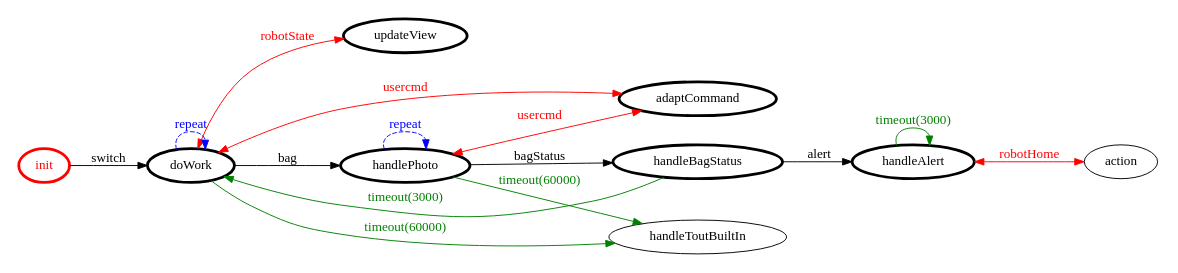
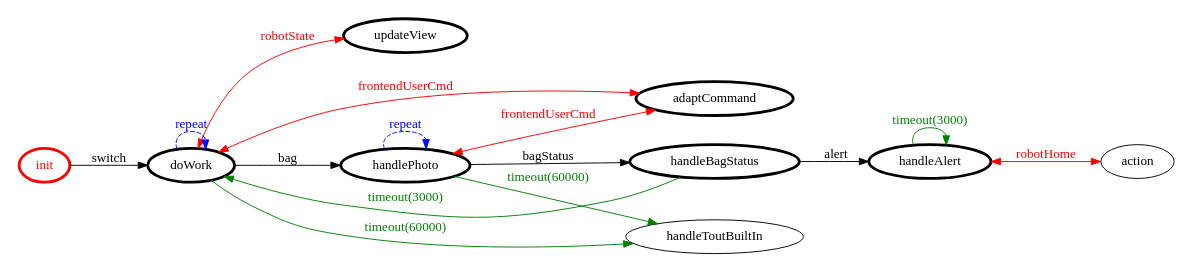
The diagram in project/srcMore/it/unibo/console/console.gv (NiccoMlt/ISS-2018-Final-Task), drawn with Graphviz before and after one commit. The commit also changed 19 other files, not shown here.

```diff
--- a/project/srcMore/it/unibo/console/console.gv
+++ b/project/srcMore/it/unibo/console/console.gv
@@ -1,34 +1,34 @@
 /*
 *
 * A GraphViz DOT FSM description 
 * Please use a GraphViz visualizer (like http://www.webgraphviz.com)
 *  
 */
 
 digraph finite_state_machine {
 	rankdir=LR
 	size="8,5"
 	
 	init [ color = red ][ fontcolor = red ][ penwidth = 3 ]
 	updateView [ color = black ][ fontcolor = black ][ penwidth = 3 ]
 	doWork [ color = black ][ fontcolor = black ][ penwidth = 3 ]
 	handlePhoto [ color = black ][ fontcolor = black ][ penwidth = 3 ]
 	adaptCommand [ color = black ][ fontcolor = black ][ penwidth = 3 ]
 	handleBagStatus [ color = black ][ fontcolor = black ][ penwidth = 3 ]
 	handleAlert [ color = black ][ fontcolor = black ][ penwidth = 3 ]
 	
 	doWork -> handlePhoto [ label = "bag" ][ color = black ][ fontcolor = black ]
 	doWork -> handleToutBuiltIn [ label = "timeout(60000)" ][ color = green ][ fontcolor = green ]
-	handlePhoto -> adaptCommand [ label = "usercmd" ][ color = red ][ fontcolor = red ][ dir = both ]
 	handlePhoto -> handleToutBuiltIn [ label = "timeout(60000)" ][ color = green ][ fontcolor = green ]
 	doWork -> updateView [ label = "robotState" ][ color = red ][ fontcolor = red ][ dir = both ]
 	doWork -> doWork [ label = "repeat "][ style = dashed ][ color = blue ][ fontcolor = blue ]
 	handleBagStatus -> handleAlert [ label = "alert" ][ color = black ][ fontcolor = black ]
 	handleAlert -> action [ label = "robotHome" ][ color = red ][ fontcolor = red ][ dir = both ]
-	doWork -> adaptCommand [ label = "usercmd" ][ color = red ][ fontcolor = red ][ dir = both ]
+	handlePhoto -> adaptCommand [ label = "frontendUserCmd" ][ color = red ][ fontcolor = red ][ dir = both ]
 	handleAlert -> handleAlert [ label = "timeout(3000)" ][ color = green ][ fontcolor = green ]
 	init -> doWork [ label = "switch" ][ color = black ][ fontcolor = black ]
 	handlePhoto -> handleBagStatus [ label = "bagStatus" ][ color = black ][ fontcolor = black ]
 	handleBagStatus -> doWork [ label = "timeout(3000)" ][ color = green ][ fontcolor = green ]
 	handlePhoto -> handlePhoto [ label = "repeat "][ style = dashed ][ color = blue ][ fontcolor = blue ]
+	doWork -> adaptCommand [ label = "frontendUserCmd" ][ color = red ][ fontcolor = red ][ dir = both ]
 }
```
